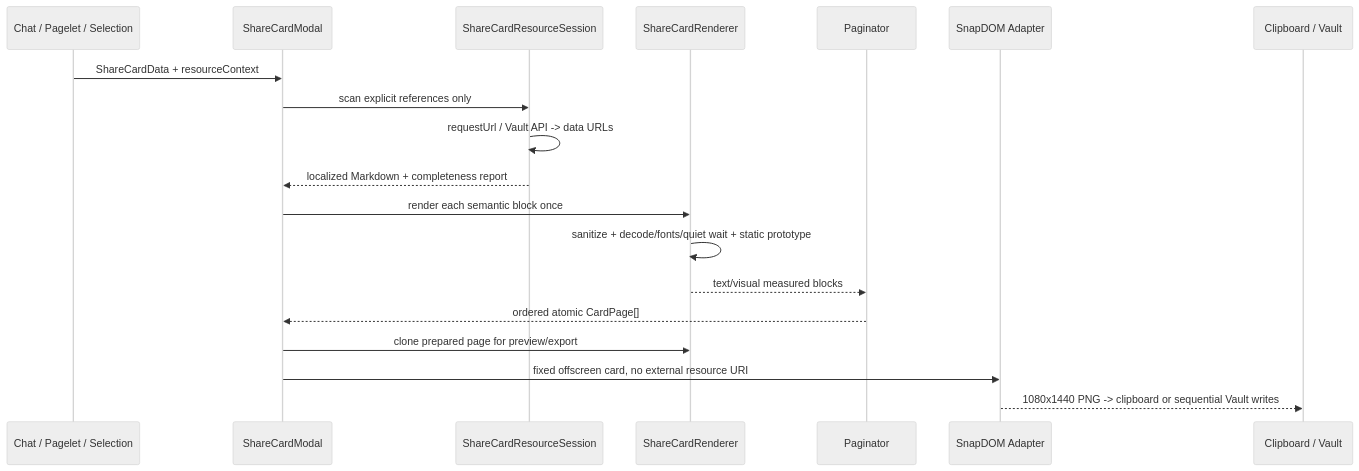
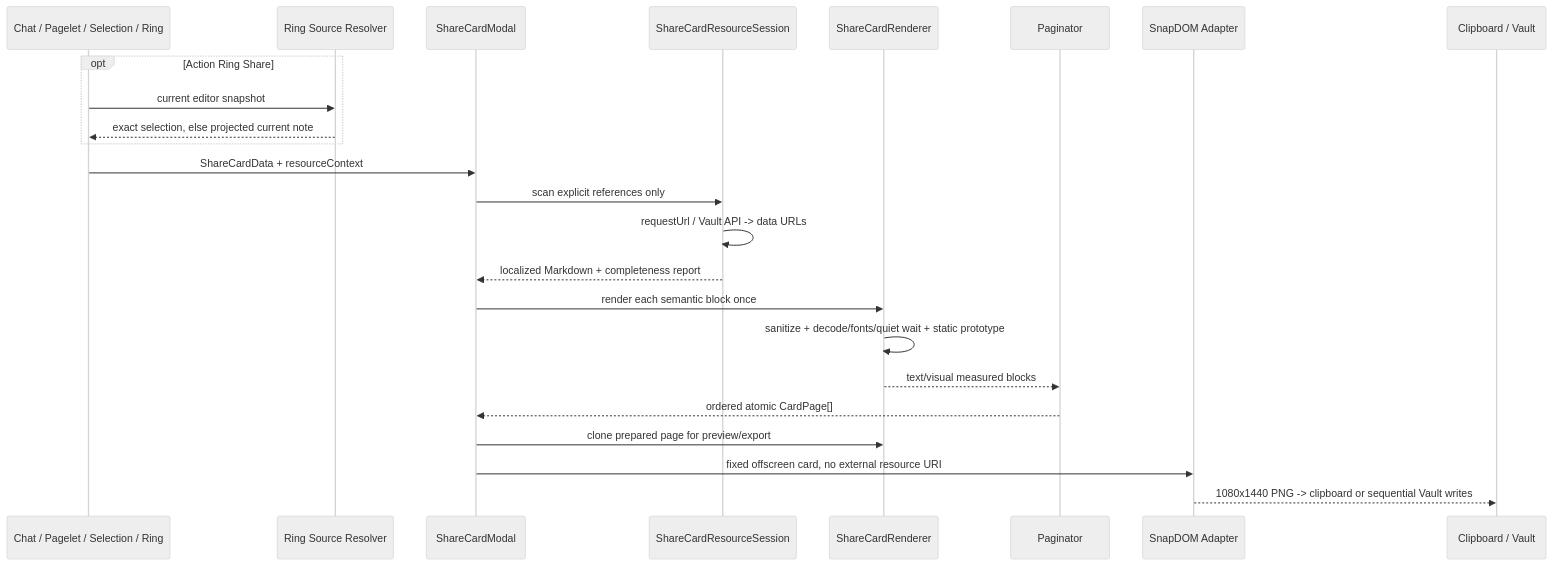
The diagram in docs/development/active/share-card/sdd.md (edonyzpc/personal-assistant), drawn with Mermaid (neutral theme) before and after one commit. The commit also changed other lines of this file and 14 other files, not shown here.

````diff
--- a/docs/development/active/share-card/sdd.md
+++ b/docs/development/active/share-card/sdd.md
@@ -36,21 +43,26 @@
 ```mermaid
 sequenceDiagram
-  participant Entry as Chat / Pagelet / Selection
+  participant Entry as Chat / Pagelet / Selection / Ring
+  participant Source as Ring Source Resolver
   participant Modal as ShareCardModal
   participant Session as ShareCardResourceSession
   participant Render as ShareCardRenderer
   participant Page as Paginator
   participant Snap as SnapDOM Adapter
   participant OS as Clipboard / Vault
+  opt Action Ring Share
+    Entry->>Source: current editor snapshot
+    Source-->>Entry: exact selection, else projected current note
+  end
   Entry->>Modal: ShareCardData + resourceContext
   Modal->>Session: scan explicit references only
   Session->>Session: requestUrl / Vault API -> data URLs
   Session-->>Modal: localized Markdown + completeness report
   Modal->>Render: render each semantic block once
   Render->>Render: sanitize + decode/fonts/quiet wait + static prototype
   Render-->>Page: text/visual measured blocks
   Page-->>Modal: ordered atomic CardPage[]
   Modal->>Render: clone prepared page for preview/export
   Modal->>Snap: fixed offscreen card, no external resource URI
   Snap-->>OS: 1080x1440 PNG -> clipboard or sequential Vault writes
 ```
````
